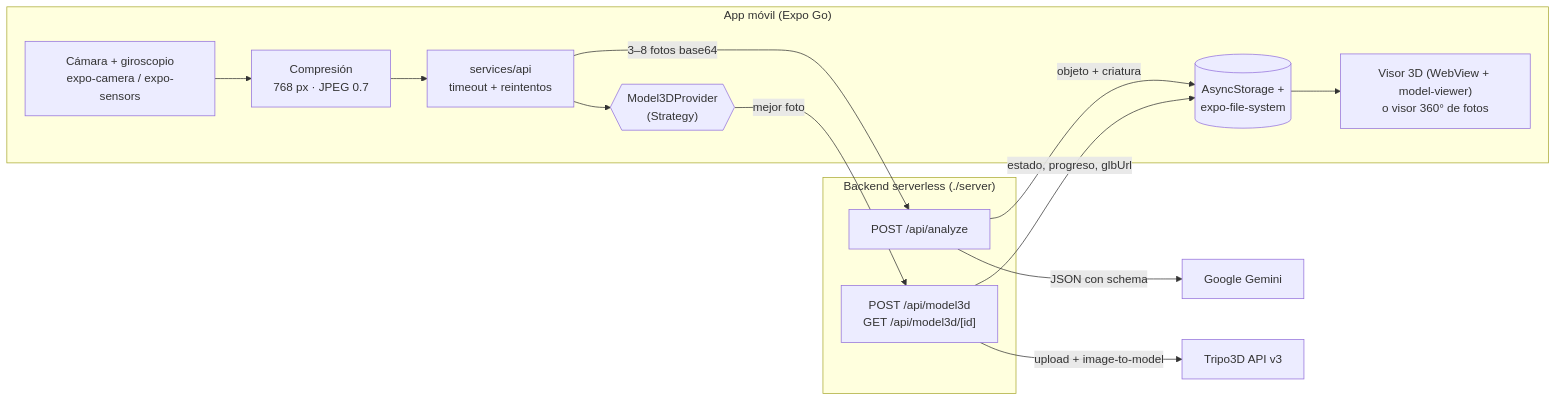
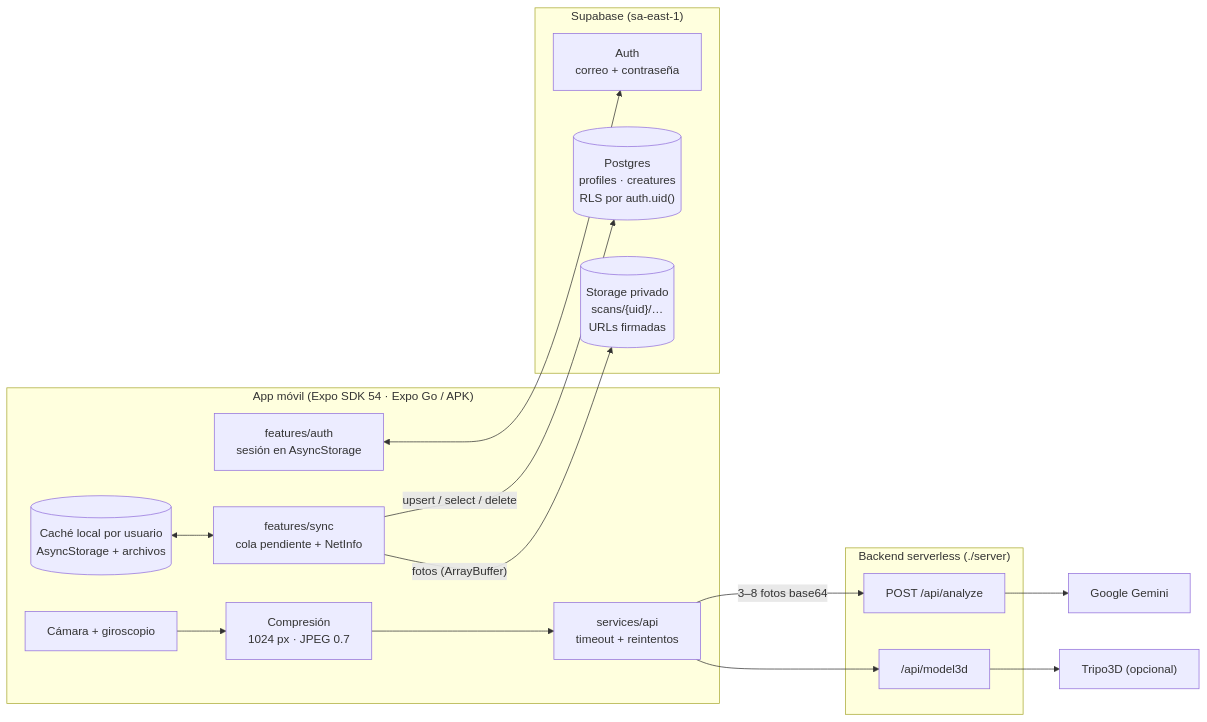
One commit to JAIR0TR1/cazador-de-objetos changed the diagram in README.md. Above: the diagram before and after it, drawn with Mermaid. The commit also changed other lines of this file and 3 other files, not shown here.

Commit message:
docs: README con Supabase e instalación, heurísticas de Nielsen para cuentas, QR de Expo Go

````diff
--- a/README.md
+++ b/README.md
@@ -23,23 +37,28 @@
 ```mermaid
 flowchart LR
-    subgraph App["App móvil (Expo Go)"]
-        CAM["Cámara + giroscopio<br/>expo-camera / expo-sensors"] --> PREP["Compresión<br/>768 px · JPEG 0.7"]
+    subgraph App["App móvil (Expo SDK 54 · Expo Go / APK)"]
+        CAM["Cámara + giroscopio"] --> PREP["Compresión<br/>1024 px · JPEG 0.7"]
         PREP --> API["services/api<br/>timeout + reintentos"]
-        API --> STRAT{{"Model3DProvider<br/>(Strategy)"}}
-        STORE[("AsyncStorage +<br/>expo-file-system")]
-        VIEW["Visor 3D (WebView + model-viewer)<br/>o visor 360° de fotos"]
+        AUTH["features/auth<br/>sesión en AsyncStorage"]
+        STORE[("Caché local por usuario<br/>AsyncStorage + archivos")]
+        SYNC["features/sync<br/>cola pendiente + NetInfo"]
+        STORE <--> SYNC
     end
 
     subgraph Vercel["Backend serverless (./server)"]
         A["POST /api/analyze"]
-        M["POST /api/model3d<br/>GET /api/model3d/[id]"]
+        M["/api/model3d"]
     end
 
-    API -- "3–8 fotos base64" --> A
-    STRAT -- "mejor foto" --> M
-    A -- "JSON con schema" --> GEM["Google Gemini"]
-    M -- "upload + image-to-model" --> TRIPO["Tripo3D API v3"]
-    A -- "objeto + criatura" --> STORE
-    M -- "estado, progreso, glbUrl" --> STORE
-    STORE --> VIEW
+    subgraph Supabase["Supabase (sa-east-1)"]
+        SA["Auth<br/>correo + contraseña"]
+        DB[("Postgres<br/>profiles · creatures<br/>RLS por auth.uid()")]
+        ST[("Storage privado<br/>scans/{uid}/…<br/>URLs firmadas")]
+    end
+
+    API -- "3–8 fotos base64" --> A --> GEM["Google Gemini"]
+    API --> M --> TRIPO["Tripo3D (opcional)"]
+    AUTH <--> SA
+    SYNC -- "fotos (ArrayBuffer)" --> ST
+    SYNC -- "upsert / select / delete" --> DB
 ```
````
